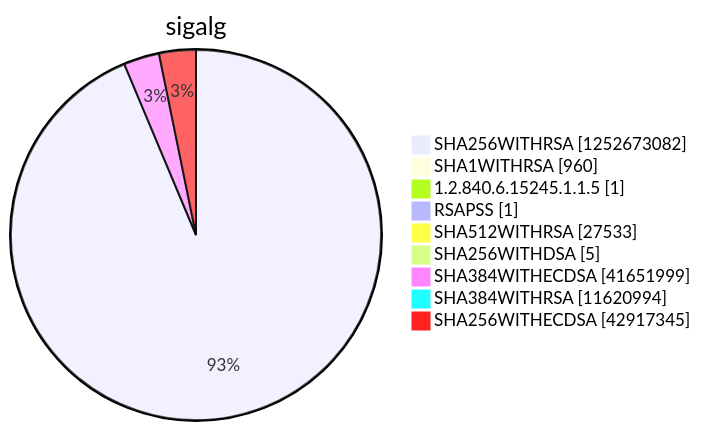
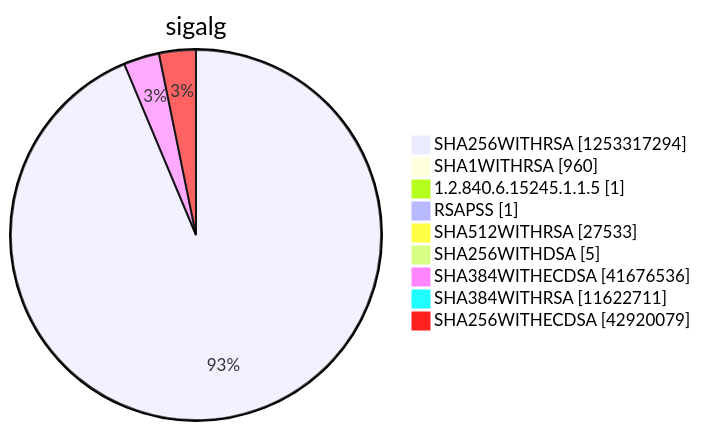
One commit to christiankrug/ctmonitor_visualization changed diagram 15 of 15 in argon2022/README.md. Above: the diagram before and after it, drawn with Mermaid. The commit also changed other lines of this file, not shown here.

````diff
--- a/argon2022/README.md
+++ b/argon2022/README.md
@@ -5522,13 +5522,13 @@
 ```mermaid
 pie showData
 title sigalg
-"SHA256WITHRSA" :1252673082
+"SHA256WITHRSA" :1253317294
 "SHA1WITHRSA" :960
 "1.2.840.6.15245.1.1.5" :1
 "RSAPSS" :1
 "SHA512WITHRSA" :27533
 "SHA256WITHDSA" :5
-"SHA384WITHECDSA" :41651999
-"SHA384WITHRSA" :11620994
-"SHA256WITHECDSA" :42917345
+"SHA384WITHECDSA" :41676536
+"SHA384WITHRSA" :11622711
+"SHA256WITHECDSA" :42920079
 ```
````
